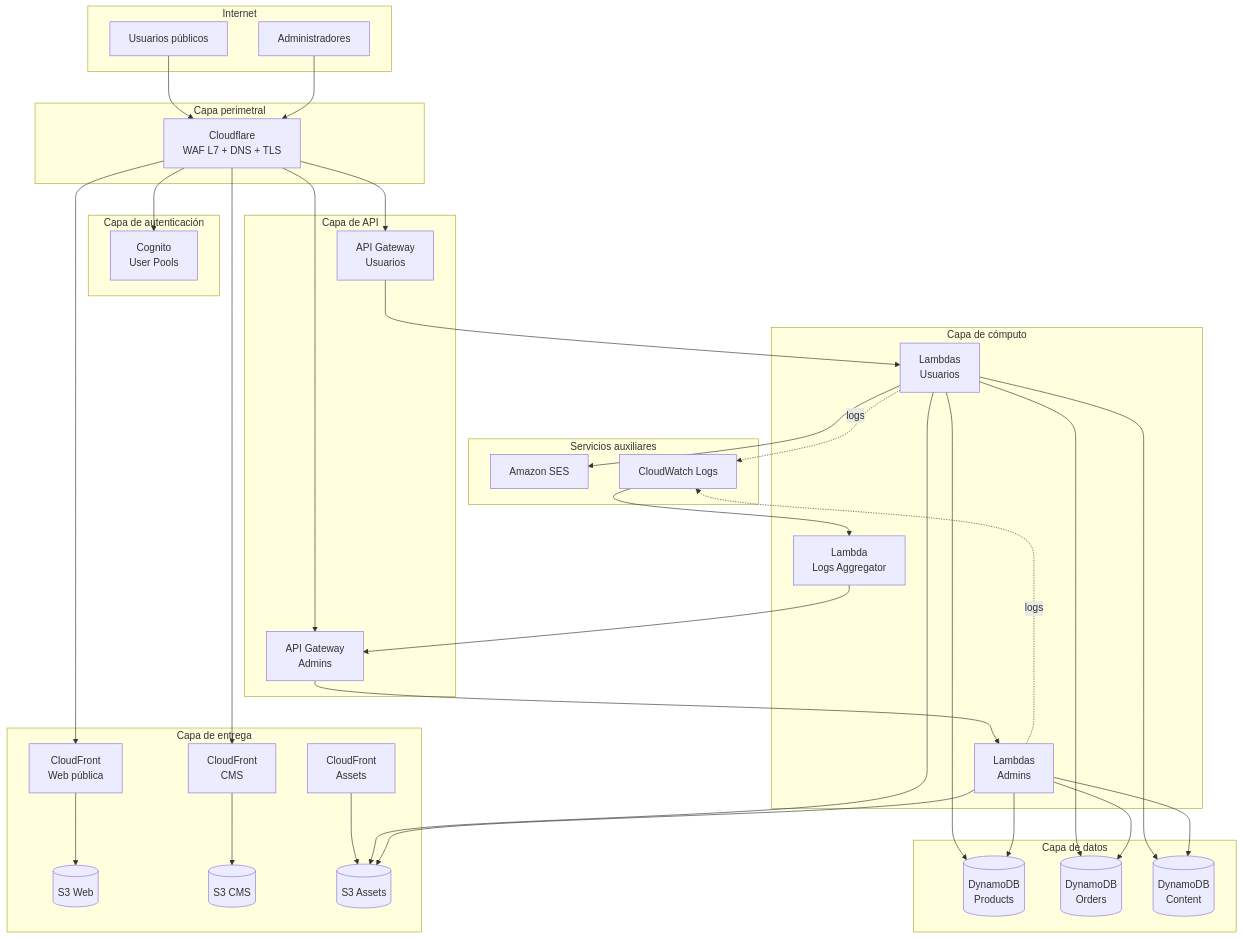
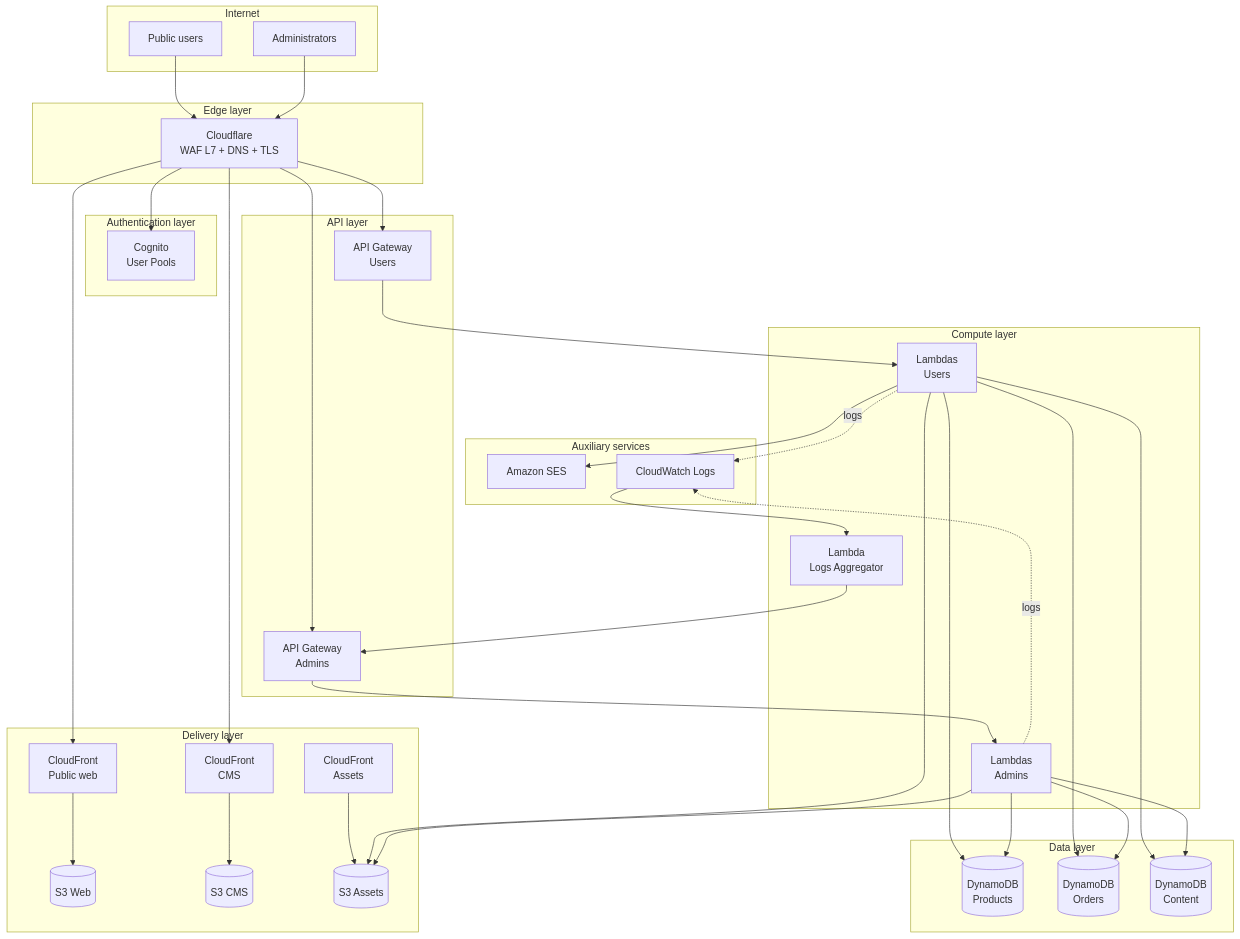
The diagram in README.md (Itai-Picornell/Gienco-Web), drawn with Mermaid before and after one commit. The commit also changed other lines of this file, not shown here.

````diff
--- a/README.md
+++ b/README.md
@@ -60,77 +60,77 @@
 ```mermaid
 graph TB
     subgraph "Internet"
-        U[Usuarios públicos]
-        A[Administradores]
+        U[Public users]
+        A[Administrators]
     end
 
-    subgraph "Capa perimetral"
+    subgraph "Edge layer"
         CF[Cloudflare<br/>WAF L7 + DNS + TLS]
     end
 
-    subgraph "Capa de entrega"
-        CFRONT_WEB[CloudFront<br/>Web pública]
+    subgraph "Delivery layer"
+        CFRONT_WEB[CloudFront<br/>Public web]
         CFRONT_ADMIN[CloudFront<br/>CMS]
         CFRONT_ASSETS[CloudFront<br/>Assets]
         S3_WEB[(S3 Web)]
         S3_ADMIN[(S3 CMS)]
         S3_ASSETS[(S3 Assets)]
     end
 
-    subgraph "Capa de autenticación"
+    subgraph "Authentication layer"
         COG[Cognito<br/>User Pools]
     end
 
-    subgraph "Capa de API"
-        API_USERS[API Gateway<br/>Usuarios]
+    subgraph "API layer"
+        API_USERS[API Gateway<br/>Users]
         API_ADMIN[API Gateway<br/>Admins]
     end
 
-    subgraph "Capa de cómputo"
-        L_USERS[Lambdas<br/>Usuarios]
+    subgraph "Compute layer"
+        L_USERS[Lambdas<br/>Users]
         L_ADMIN[Lambdas<br/>Admins]
         L_LOGS[Lambda<br/>Logs Aggregator]
     end
 
-    subgraph "Capa de datos"
+    subgraph "Data layer"
         D_PROD[(DynamoDB<br/>Products)]
         D_ORD[(DynamoDB<br/>Orders)]
         D_CONT[(DynamoDB<br/>Content)]
     end
 
-    subgraph "Servicios auxiliares"
+    subgraph "Auxiliary services"
         SES[Amazon SES]
         CW[CloudWatch Logs]
     end
 
     U --> CF
     A --> CF
     CF --> CFRONT_WEB
     CF --> CFRONT_ADMIN
     CFRONT_WEB --> S3_WEB
     CFRONT_ADMIN --> S3_ADMIN
     CFRONT_ASSETS --> S3_ASSETS
 
     CF --> COG
     CF --> API_USERS
     CF --> API_ADMIN
 
     API_USERS --> L_USERS
     API_ADMIN --> L_ADMIN
 
     L_USERS --> D_PROD
     L_USERS --> D_CONT
     L_USERS --> D_ORD
     L_USERS --> SES
     L_USERS --> S3_ASSETS
 
     L_ADMIN --> D_PROD
     L_ADMIN --> D_CONT
     L_ADMIN --> D_ORD
     L_ADMIN --> S3_ASSETS
 
     L_USERS -.logs.-> CW
     L_ADMIN -.logs.-> CW
     CW --> L_LOGS
     L_LOGS --> API_ADMIN
 ```
````
